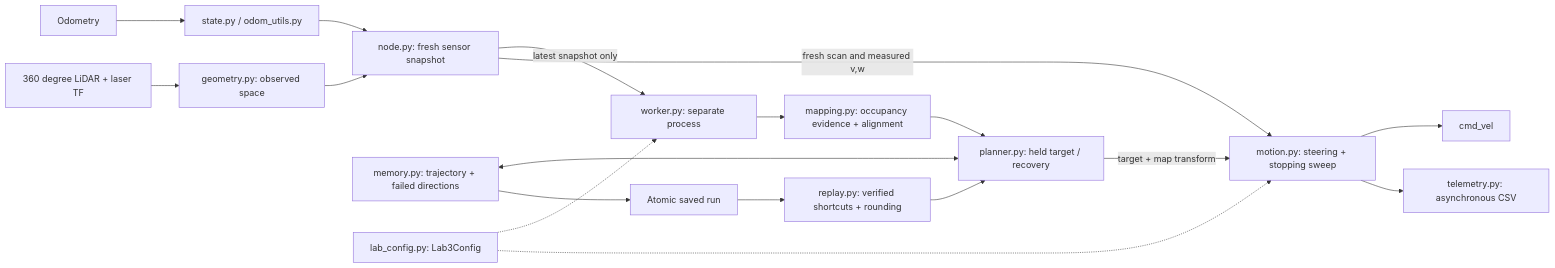
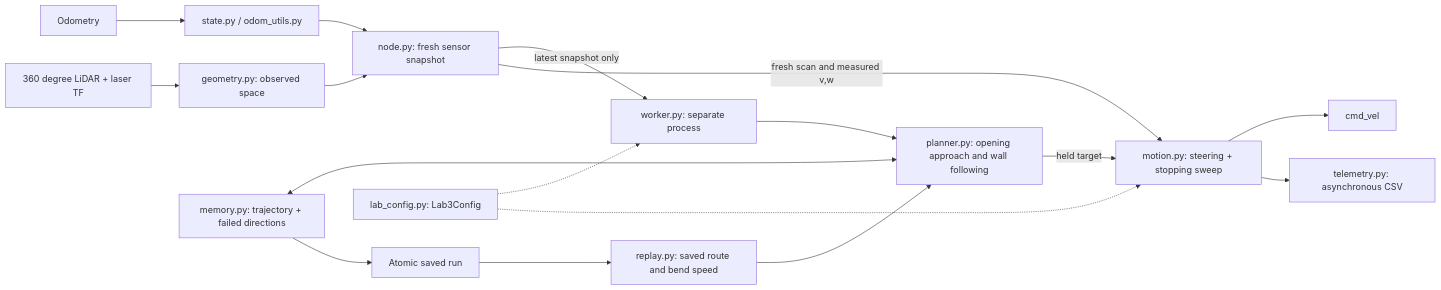
Before and after one commit to DJPark1213/Autonomous_Mobile_Robot_Lab: the diagram in amr_ws/src/py_amr_ttb/py_amr_ttb/lab3/README.md, drawn with Mermaid. The commit also changed other lines of this file and 6 other files, not shown here.

````diff
--- a/amr_ws/src/py_amr_ttb/py_amr_ttb/lab3/README.md
+++ b/amr_ws/src/py_amr_ttb/py_amr_ttb/lab3/README.md
@@ -18,20 +13,19 @@
 ```mermaid
 flowchart LR
   O[Odometry] --> S[state.py / odom_utils.py]
   L[360 degree LiDAR + laser TF] --> G[geometry.py: observed space]
   S --> N[node.py: fresh sensor snapshot]
   G --> N
   N -->|latest snapshot only| W[worker.py: separate process]
-  W --> M[mapping.py: occupancy evidence + alignment]
-  M --> P[planner.py: held target / recovery]
+  W --> P[planner.py: opening approach and wall following]
   R[memory.py: trajectory + failed directions] <--> P
   R --> F[Atomic saved run]
-  F --> E[replay.py: verified shortcuts + rounding]
+  F --> E[replay.py: saved route and bend speed]
   E --> P
-  P -->|target + map transform| C[motion.py: steering + stopping sweep]
+  P -->|held target| C[motion.py: steering + stopping sweep]
   N -->|fresh scan and measured v,w| C
   C --> V[cmd_vel]
   C --> T[telemetry.py: asynchronous CSV]
   Q[lab_config.py: Lab3Config] -.-> W
   Q -.-> C
 ```
````
